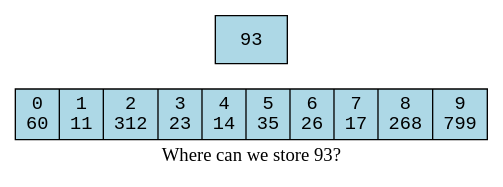
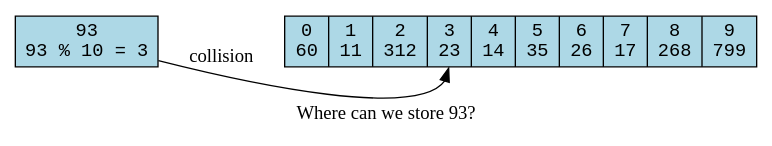
The diagram in src/hash_table/hash_table_collisions.rst (DaveParillo/cisc187-reader), drawn with Graphviz before and after one commit. The commit also changed other lines of this file and 25 other files, not shown here.

Commit message:
update trees, hash table and algorithms.

```diff
--- a/src/hash_table/hash_table_collisions.rst
+++ b/src/hash_table/hash_table_collisions.rst
@@ -24,21 +28,22 @@
 .. graphviz::
    :align: center
-   :alt: Simple hash table
+   :alt: A hash table with a collision at bucket 3
 
    digraph c {
      rankdir=LR
      fontname = "Bitstream Vera Sans"
      label="Where can we store 93?"
      node [
         fontname = "Courier"
         fontsize = 14
         shape = "record"
         style=filled
         fillcolor=lightblue
      ]
      arr [
         label = "{0\n60|1\n11|2\n312|<p1>3\n23|4\n14|5\n35|6\n26|7\n17|8\n268|9\n799}"
      ]
 
-     value [shape=box, label=93]
+     value [shape=box, label="93\n93 % 10 = 3"]
+     value -> arr:p1 [label="collision"]
    }
```
